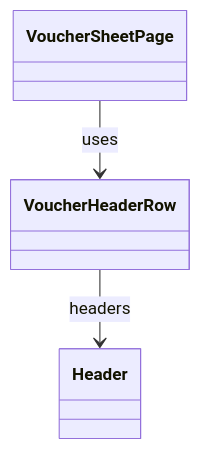
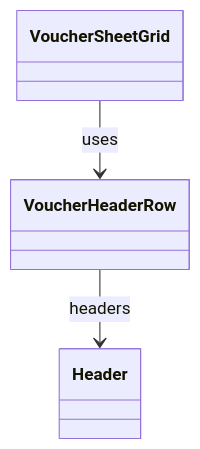
The diagram in docs/design/lib/src/features/voucher/presentation/widgets/voucher_header_row.md (MinamiyamaKotaro/m3_pad), drawn with Mermaid before and after one commit. The commit also changed other lines of this file and 21 other files, not shown here.

````diff
--- a/docs/design/lib/src/features/voucher/presentation/widgets/voucher_header_row.md
+++ b/docs/design/lib/src/features/voucher/presentation/widgets/voucher_header_row.md
@@ -13,5 +14,5 @@
 ```mermaid
 classDiagram
-    VoucherSheetPage --> VoucherHeaderRow : uses
+    VoucherSheetGrid --> VoucherHeaderRow : uses
     VoucherHeaderRow --> Header : headers
 ```
````
